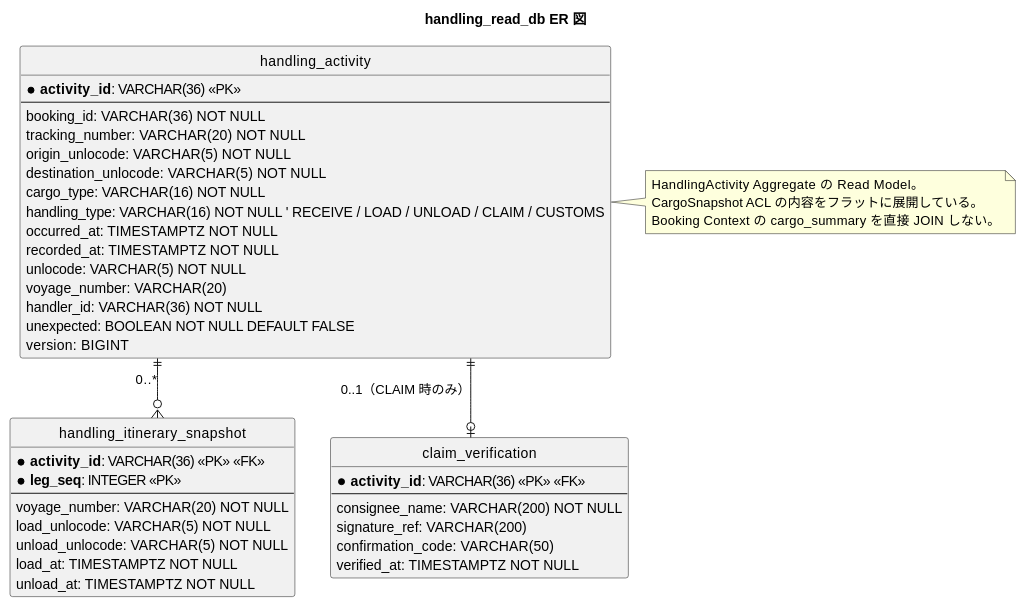
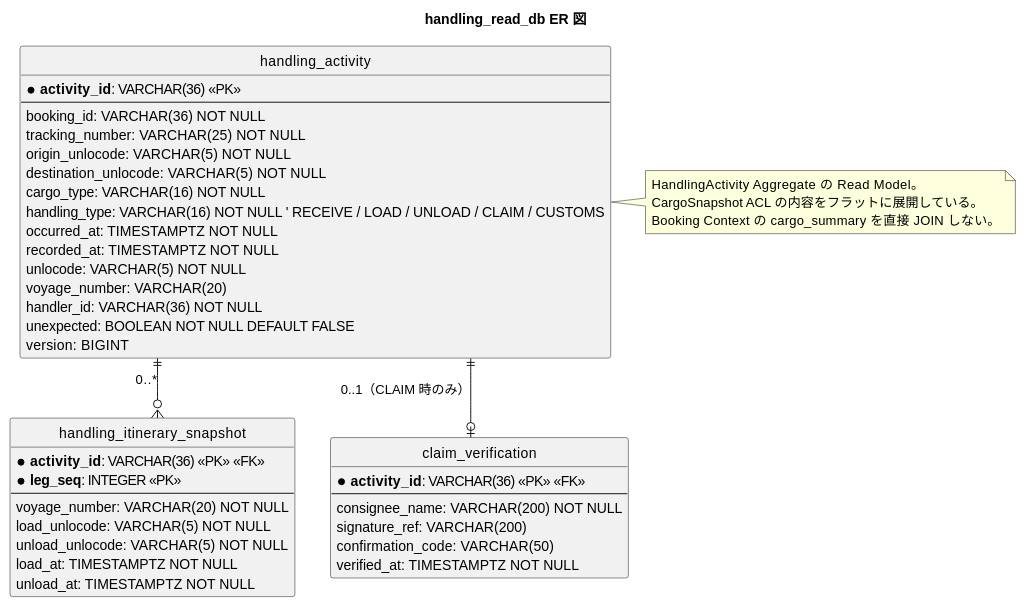
Before and after one commit to k2works/case-study-cargo-tracker: the sixth of 8 diagrams in docs/design/data-model.md, drawn with PlantUML. The commit also changed other lines of this file and 10 other files, not shown here.

````diff
--- a/docs/design/data-model.md
+++ b/docs/design/data-model.md
@@ -593,58 +595,58 @@
 ```plantuml
 @startuml
 title handling_read_db ER 図
 
 hide circle
 skinparam linetype ortho
 
 entity "handling_activity" as ha {
   * **activity_id**: VARCHAR(36) <<PK>>
   --
   ' CargoSnapshot ACL の射影
   booking_id: VARCHAR(36) NOT NULL
-  tracking_number: VARCHAR(20) NOT NULL
+  tracking_number: VARCHAR(25) NOT NULL
   origin_unlocode: VARCHAR(5) NOT NULL
   destination_unlocode: VARCHAR(5) NOT NULL
   cargo_type: VARCHAR(16) NOT NULL
   ' 荷役作業本体
   handling_type: VARCHAR(16) NOT NULL ' RECEIVE / LOAD / UNLOAD / CLAIM / CUSTOMS
   occurred_at: TIMESTAMPTZ NOT NULL
   recorded_at: TIMESTAMPTZ NOT NULL
   unlocode: VARCHAR(5) NOT NULL
   voyage_number: VARCHAR(20)
   handler_id: VARCHAR(36) NOT NULL
   ' フラグ
   unexpected: BOOLEAN NOT NULL DEFAULT FALSE
   version: BIGINT
 }
 
 entity "handling_itinerary_snapshot" as his {
   * **activity_id**: VARCHAR(36) <<PK>> <<FK>>
   * **leg_seq**: INTEGER <<PK>>
   --
   voyage_number: VARCHAR(20) NOT NULL
   load_unlocode: VARCHAR(5) NOT NULL
   unload_unlocode: VARCHAR(5) NOT NULL
   load_at: TIMESTAMPTZ NOT NULL
   unload_at: TIMESTAMPTZ NOT NULL
 }
 
 entity "claim_verification" as cv {
   * **activity_id**: VARCHAR(36) <<PK>> <<FK>>
   --
   consignee_name: VARCHAR(200) NOT NULL
   signature_ref: VARCHAR(200)
   confirmation_code: VARCHAR(50)
   verified_at: TIMESTAMPTZ NOT NULL
 }
 
 ha ||--o{ his : "0..*"
 ha ||--o| cv : "0..1（CLAIM 時のみ）"
 
 note right of ha
   HandlingActivity Aggregate の Read Model。
   CargoSnapshot ACL の内容をフラットに展開している。
   Booking Context の cargo_summary を直接 JOIN しない。
 end note
 @enduml
 ```
````
